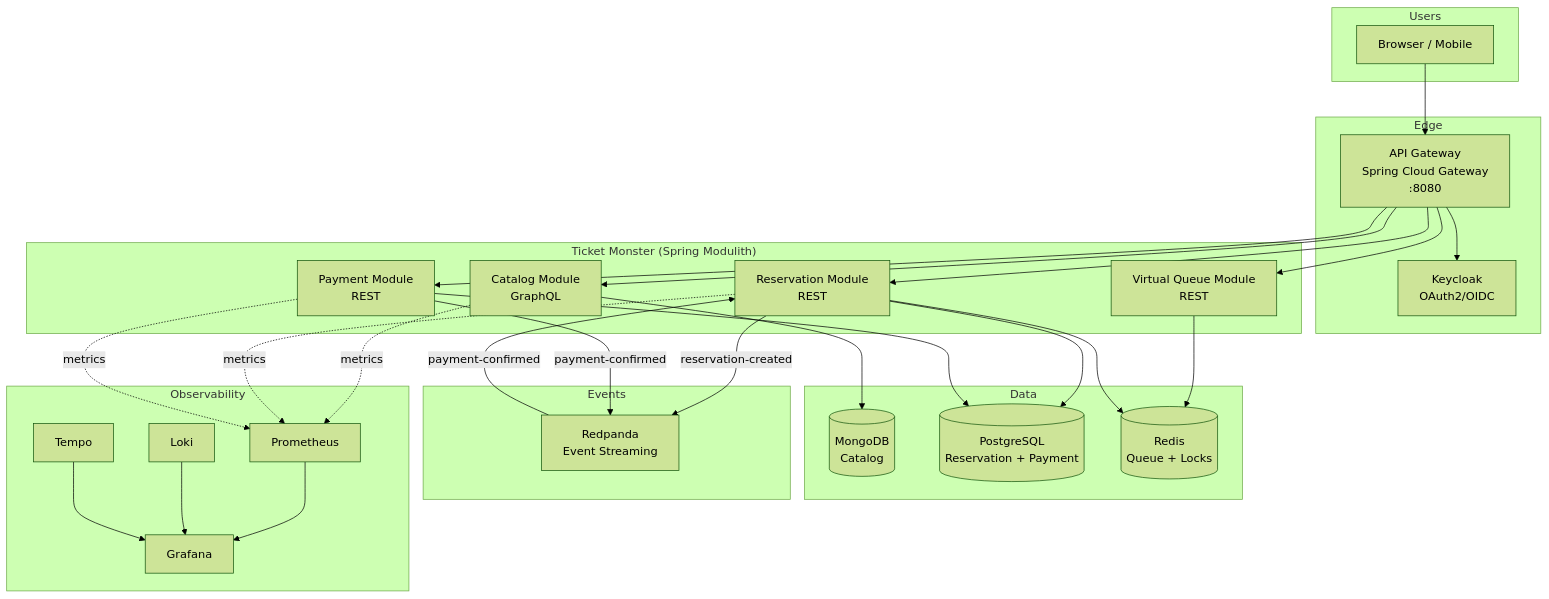
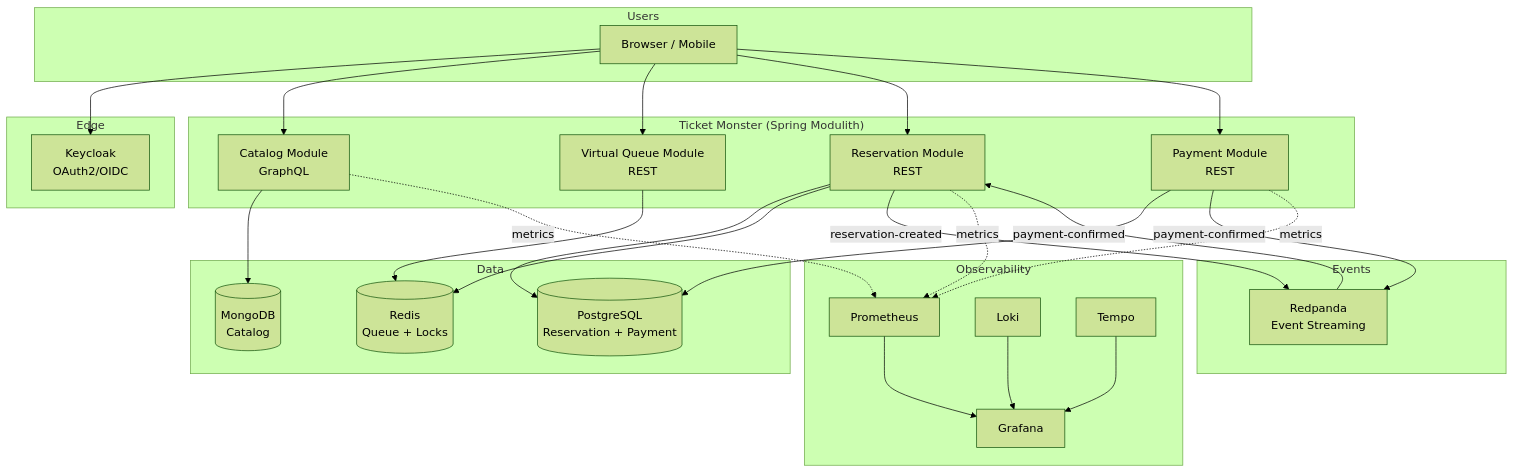
The first of 6 diagrams in README.md (jrgavilanes/ticket-monster), drawn with Mermaid (forest theme) before and after one commit. The commit also changed other lines of this file and 2 other files, not shown here.

First line of the commit message:
ci: run tests before docker build, update architecture docs

````diff
--- a/README.md
+++ b/README.md
@@ -9,56 +11,54 @@
 ```mermaid
 flowchart TB
     subgraph Users
         Browser[Browser / Mobile]
     end
 
     subgraph Edge
-        GW[API Gateway<br/>Spring Cloud Gateway<br/>:8080]
         KC[Keycloak<br/>OAuth2/OIDC]
     end
 
     subgraph Monolith["Ticket Monster (Spring Modulith)"]
         CAT[Catalog Module<br/>GraphQL]
         VQ[Virtual Queue Module<br/>REST]
         RES[Reservation Module<br/>REST]
         PAY[Payment Module<br/>REST]
     end
 
     subgraph Data
         MONGO[(MongoDB<br/>Catalog)]
         PG[(PostgreSQL<br/>Reservation + Payment)]
         REDIS[(Redis<br/>Queue + Locks)]
     end
 
     subgraph Events
         RP[Redpanda<br/>Event Streaming]
     end
 
     subgraph Observability
         GRAF[Grafana]
         PROM[Prometheus]
         LOKI[Loki]
         TEMPO[Tempo]
     end
 
-    Browser --> GW
-    GW --> KC
-    GW --> CAT
-    GW --> VQ
-    GW --> RES
-    GW --> PAY
+    Browser --> KC
+    Browser --> CAT
+    Browser --> VQ
+    Browser --> RES
+    Browser --> PAY
     CAT --> MONGO
     RES --> PG
     PAY --> PG
     VQ --> REDIS
     RES --> REDIS
     RES -->|reservation-created| RP
     PAY -->|payment-confirmed| RP
     RP -->|payment-confirmed| RES
     CAT -.->|metrics| PROM
     RES -.->|metrics| PROM
     PAY -.->|metrics| PROM
     PROM --> GRAF
     LOKI --> GRAF
     TEMPO --> GRAF
 ```
````
